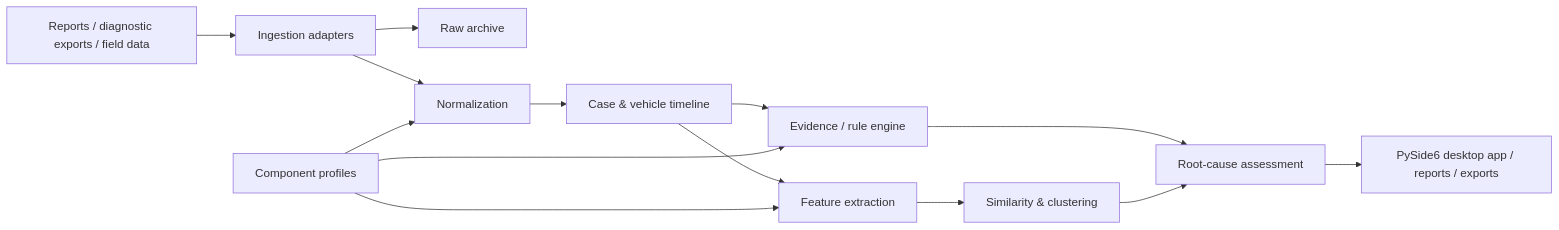
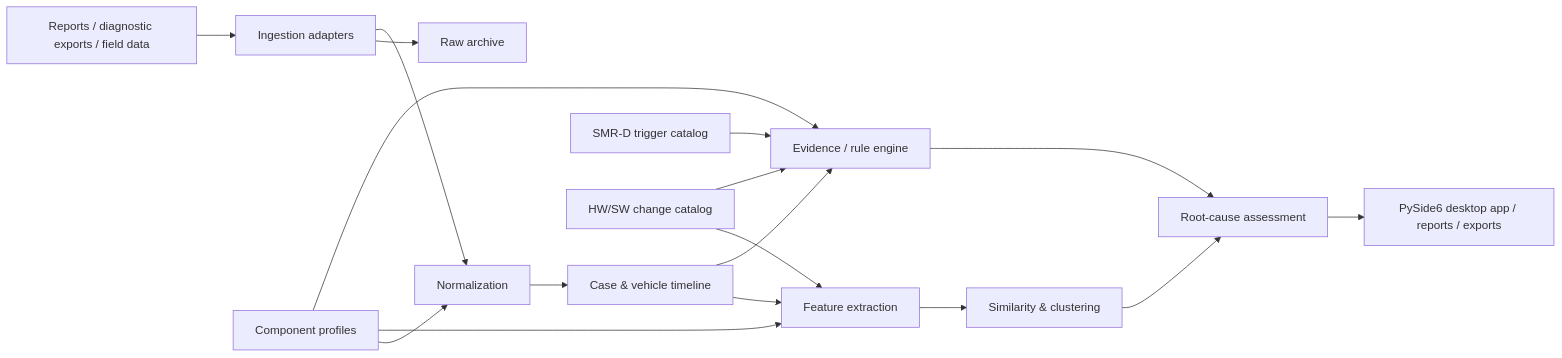
The diagram in README.md (gregoriuscahyanto/ntf-insight), drawn with Mermaid before and after one commit. The commit also changed other lines of this file, not shown here.

````diff
--- a/README.md
+++ b/README.md
@@ -55,17 +55,20 @@
 ```mermaid
 flowchart LR
     A[Reports / diagnostic exports / field data] --> B[Ingestion adapters]
     B --> C[Raw archive]
     B --> D[Normalization]
     D --> E[Case & vehicle timeline]
     E --> F[Feature extraction]
     E --> G[Evidence / rule engine]
     F --> H[Similarity & clustering]
     G --> I[Root-cause assessment]
     H --> I
     I --> J[PySide6 desktop app / reports / exports]
 
     K[Component profiles] --> D
     K --> F
     K --> G
+    L[SMR-D trigger catalog] --> G
+    M[HW/SW change catalog] --> F
+    M --> G
 ```
````
